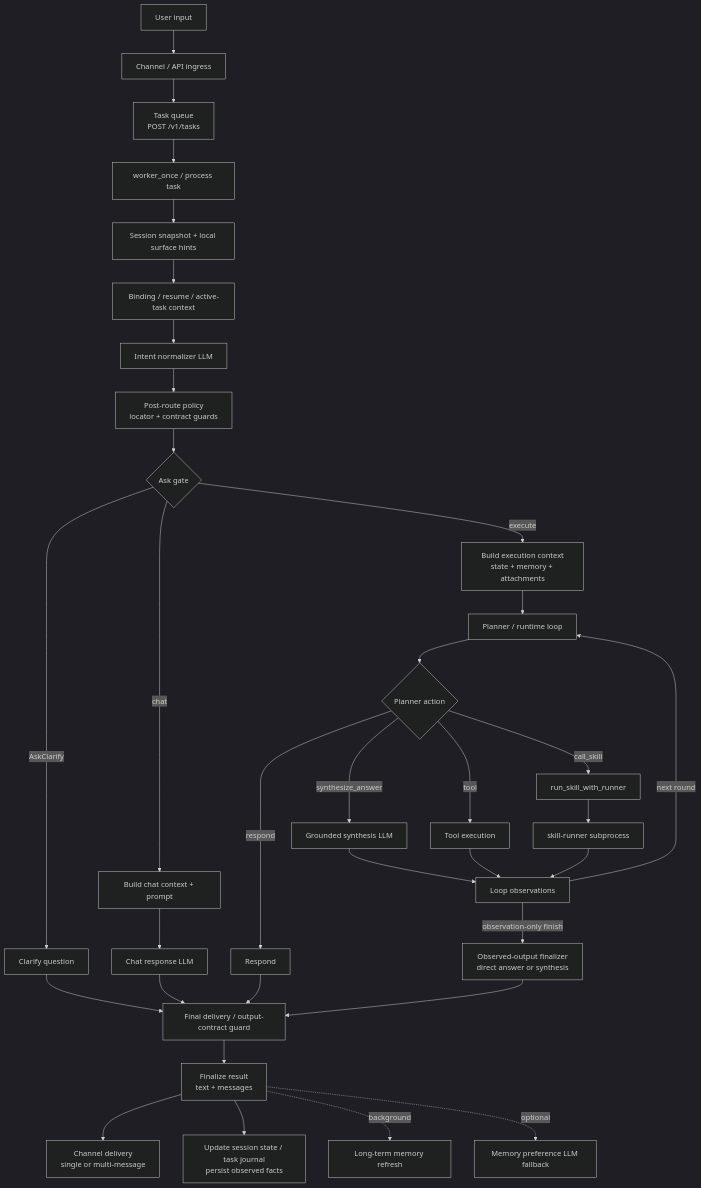
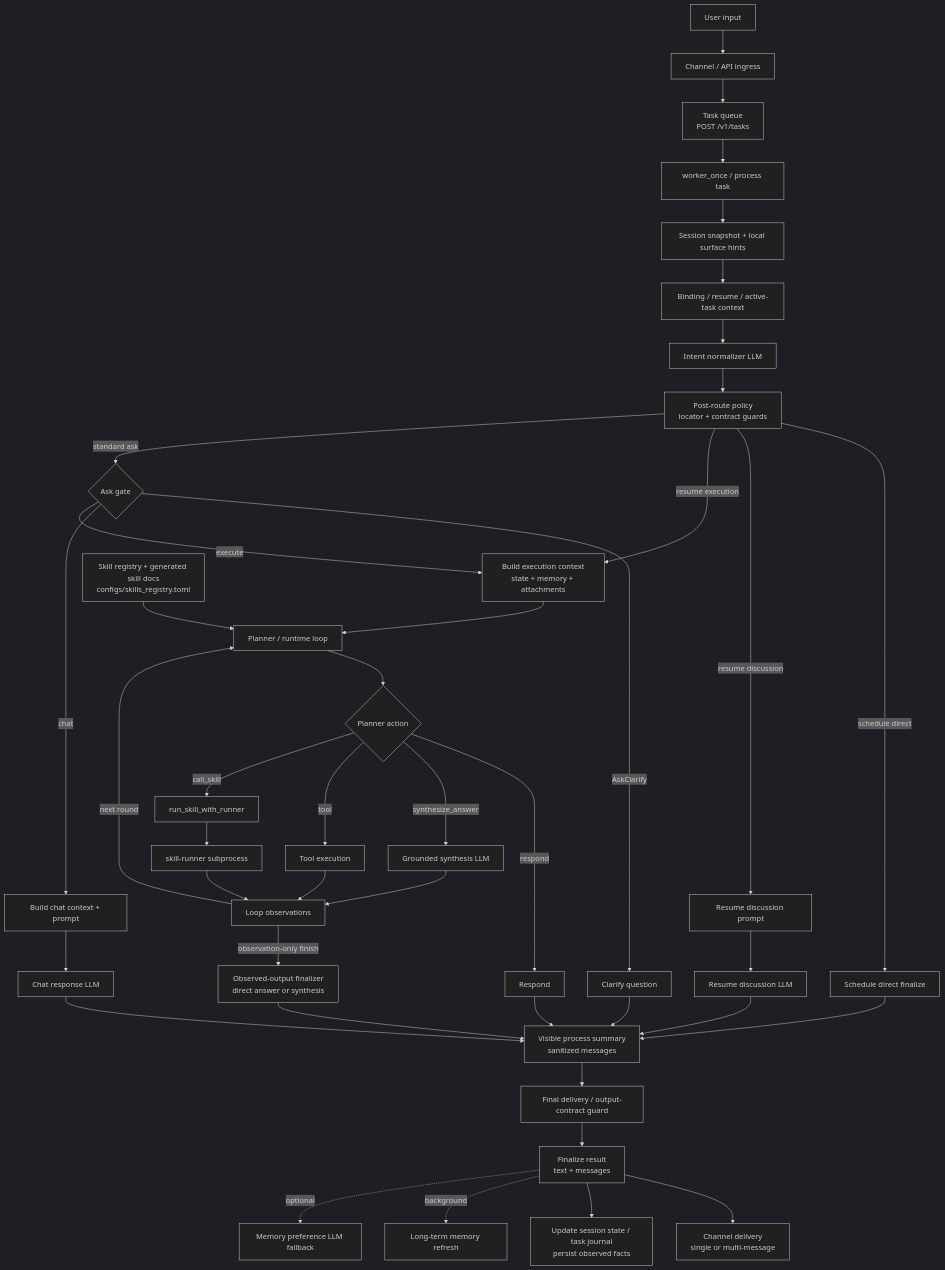
One commit to MatrixCoreX/RustClaw changed the first of 2 diagrams in README.md. Above: the diagram before and after it, drawn with Mermaid (dark theme). The commit also changed other lines of this file and 6 other files, not shown here.

````diff
--- a/README.md
+++ b/README.md
@@ -28,36 +28,44 @@
 ```mermaid
 flowchart TD
     A[User input] --> B[Channel / API ingress]
     B --> B1[Task queue<br/>POST /v1/tasks]
     B1 --> B2[worker_once / process task]
     B2 --> C[Session snapshot + local surface hints]
     C --> D[Binding / resume / active-task context]
     D --> E[Intent normalizer LLM]
     E --> E2[Post-route policy<br/>locator + contract guards]
-    E2 --> F{Ask gate}
+    E2 -->|schedule direct| SD[Schedule direct finalize]
+    E2 -->|resume discussion| RD[Resume discussion prompt]
+    E2 -->|resume execution| H
+    E2 -->|standard ask| F{Ask gate}
     F -->|AskClarify| G[Clarify question]
     F -->|chat| CH[Build chat context + prompt]
     CH --> CR[Chat response LLM]
     F -->|execute| H[Build execution context<br/>state + memory + attachments]
+    SK[Skill registry + generated skill docs<br/>configs/skills_registry.toml] --> I
     H --> I[Planner / runtime loop]
     I --> L{Planner action}
     L -->|respond| M[Respond]
     L -->|synthesize_answer| SS[Grounded synthesis LLM]
     L -->|tool| N[Tool execution]
     L -->|call_skill| N1[run_skill_with_runner]
     N1 --> N2[skill-runner subprocess]
     N2 --> P
     N --> P[Loop observations]
     SS --> P
     P -->|next round| I
     P -->|observation-only finish| OF[Observed-output finalizer<br/>direct answer or synthesis]
-    M --> Q[Final delivery / output-contract guard]
-    CR --> Q
-    G --> Q
-    OF --> Q
+    M --> VP[Visible process summary<br/>sanitized messages]
+    CR --> VP
+    G --> VP
+    OF --> VP
+    SD --> VP
+    RD --> RDL[Resume discussion LLM]
+    RDL --> VP
+    VP --> Q[Final delivery / output-contract guard]
     Q --> R[Finalize result<br/>text + messages]
     R --> S[Channel delivery<br/>single or multi-message]
     R --> T[Update session state / task journal<br/>persist observed facts]
     R -. background .-> U[Long-term memory refresh]
     R -. optional .-> V[Memory preference LLM fallback]
 ```
````
